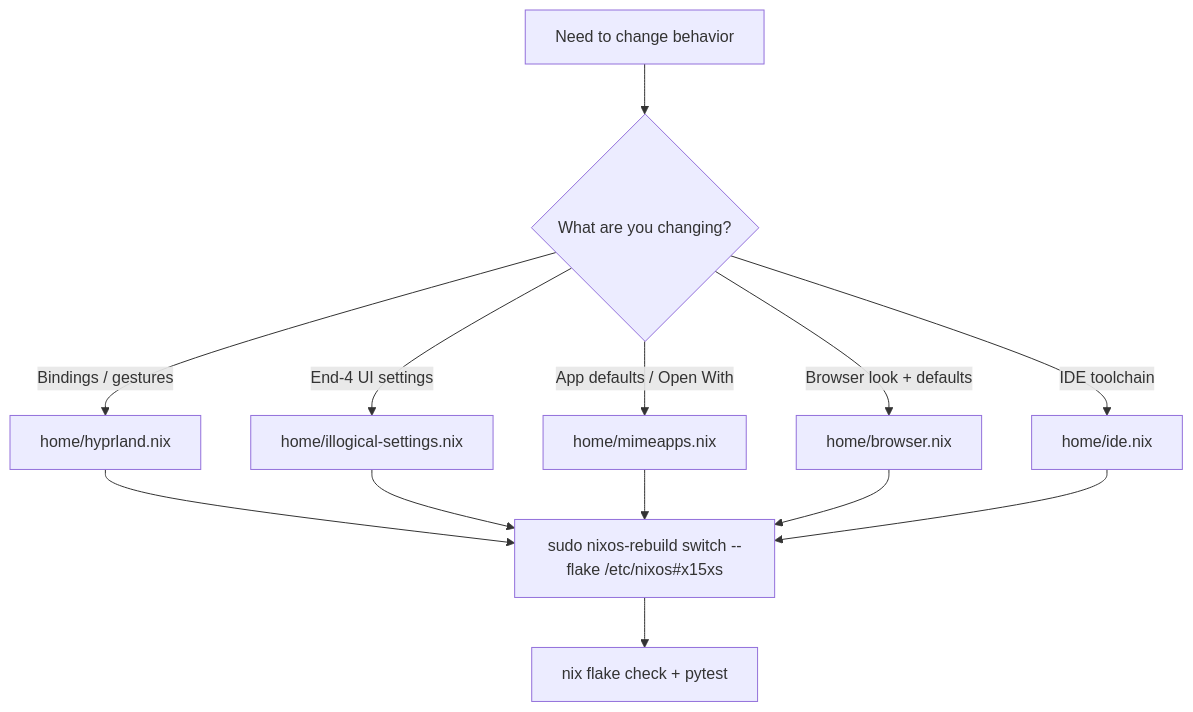
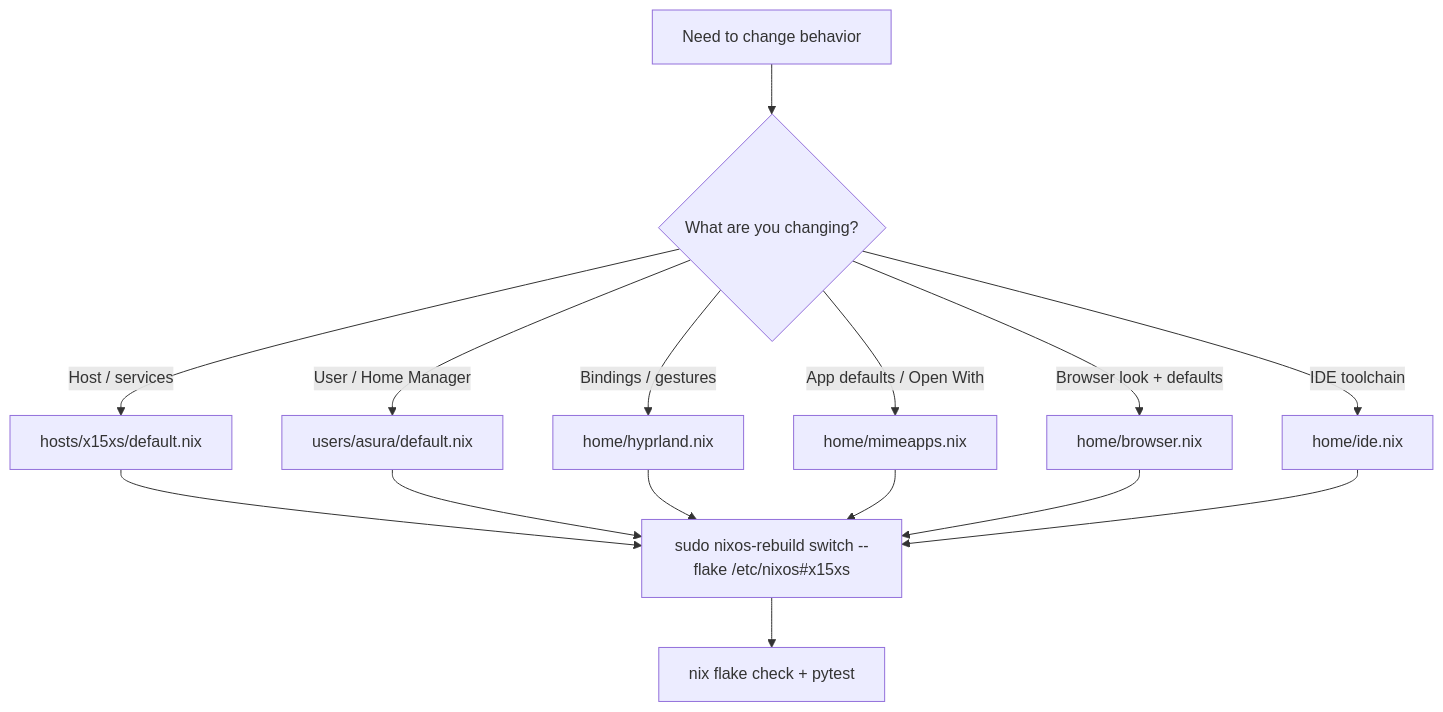
The diagram in README.md (Valo-Asura/nixosEnd4), drawn with Mermaid before and after one commit. The commit also changed other lines of this file and 16 other files, not shown here.

````diff
--- a/README.md
+++ b/README.md
@@ -27,15 +27,17 @@
 ```mermaid
 flowchart TD
     A[Need to change behavior] --> B{What are you changing?}
-    B -->|Bindings / gestures| C[home/hyprland.nix]
-    B -->|End-4 UI settings| D[home/illogical-settings.nix]
-    B -->|App defaults / Open With| E[home/mimeapps.nix]
+    B -->|Host / services| C[hosts/x15xs/default.nix]
+    B -->|User / Home Manager| D[users/asura/default.nix]
+    B -->|Bindings / gestures| E[home/hyprland.nix]
+    B -->|App defaults / Open With| J[home/mimeapps.nix]
     B -->|Browser look + defaults| F[home/browser.nix]
     B -->|IDE toolchain| G[home/ide.nix]
     C --> H[sudo nixos-rebuild switch --flake /etc/nixos#x15xs]
     D --> H
     E --> H
+    J --> H
     F --> H
     G --> H
     H --> I[nix flake check + pytest]
 ```
````
